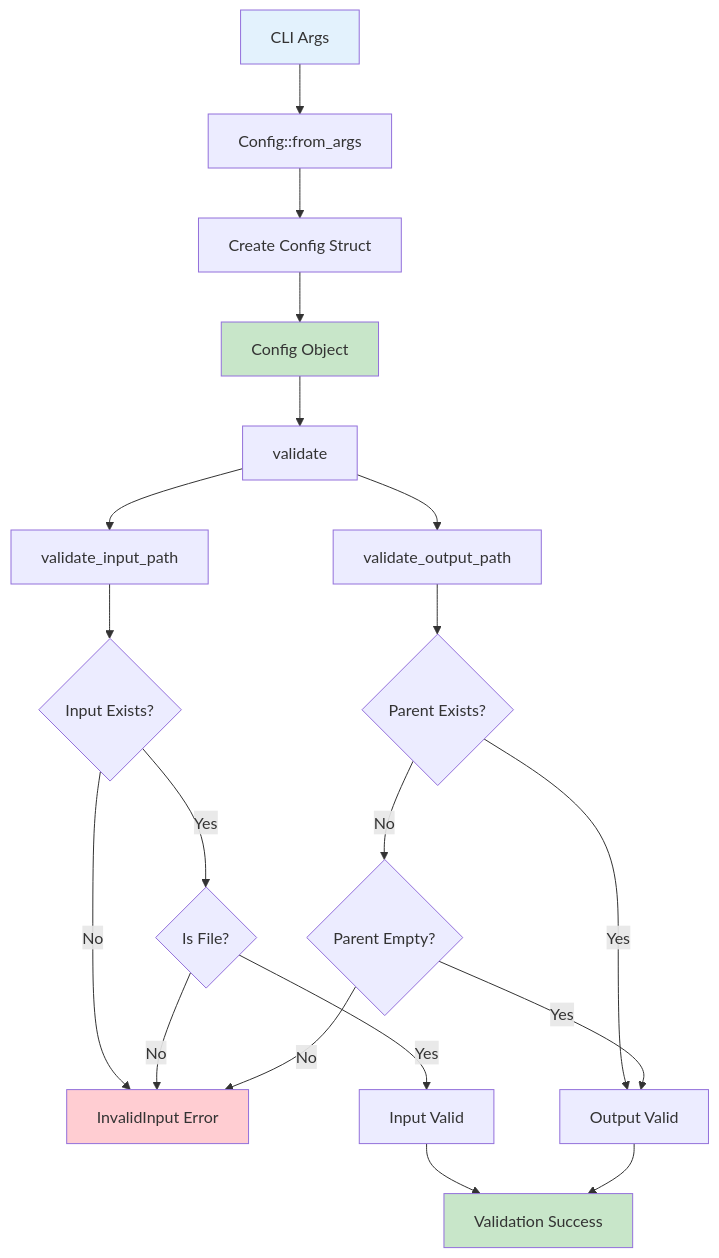
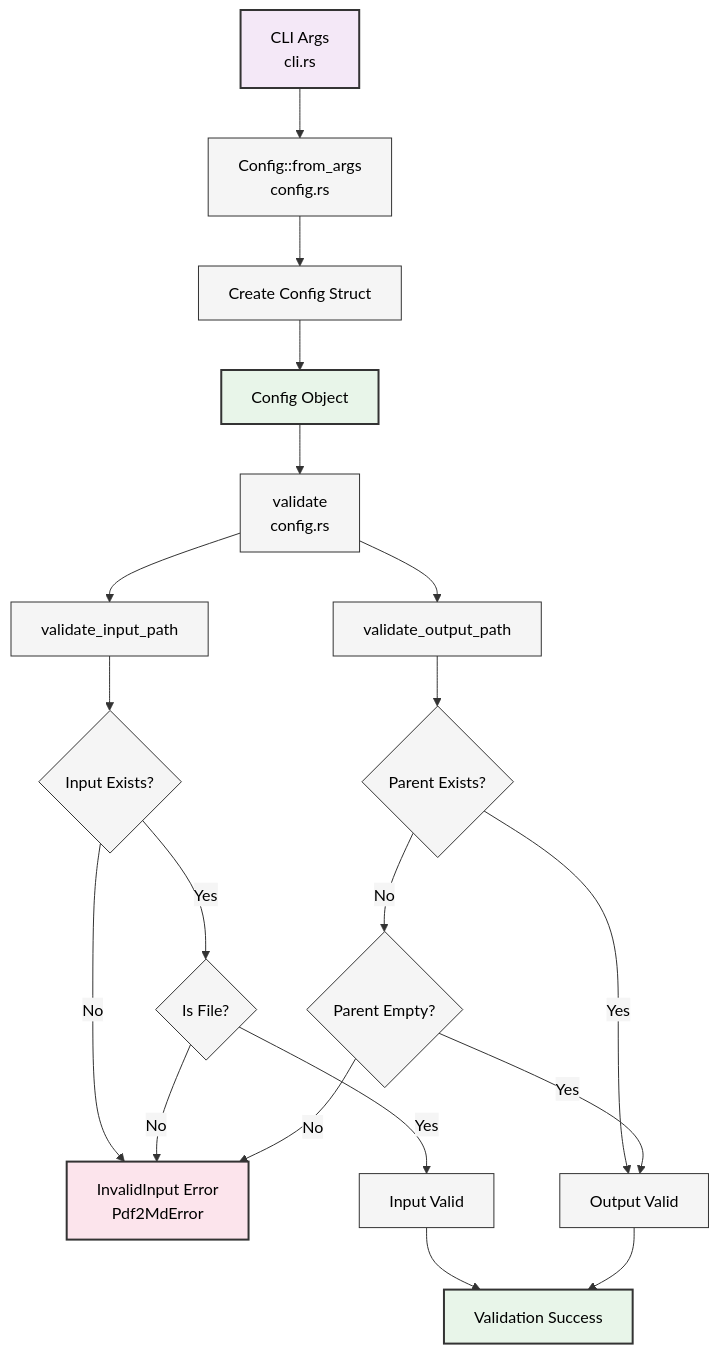
One commit to softwarewrighter/pdf2md changed the first of 2 diagrams in wiki/Configuration-Component.md. Above: the diagram before and after it, drawn with Mermaid. The commit also changed other lines of this file and 12 other files, not shown here.

First line of the commit message:
docs: update wiki and docs for workspace architecture

````diff
--- a/wiki/Configuration-Component.md
+++ b/wiki/Configuration-Component.md
@@ -18,31 +18,32 @@
 ```mermaid
+%%{init: {'theme':'base', 'themeVariables': {'primaryColor':'#f5f5f5','primaryTextColor':'#000','primaryBorderColor':'#333','lineColor':'#333','secondaryColor':'#f5f5f5','tertiaryColor':'#f5f5f5'}}}%%
 graph TB
-    A[CLI Args] --> B[Config::from_args]
+    A[CLI Args<br/>cli.rs] --> B[Config::from_args<br/>config.rs]
     B --> C[Create Config Struct]
     C --> D[Config Object]
 
-    D --> E[validate]
+    D --> E[validate<br/>config.rs]
     E --> F[validate_input_path]
     E --> G[validate_output_path]
 
     F --> H{Input Exists?}
     H -->|Yes| I{Is File?}
-    H -->|No| J[InvalidInput Error]
+    H -->|No| J[InvalidInput Error<br/>Pdf2MdError]
 
     I -->|Yes| K[Input Valid]
     I -->|No| J
 
     G --> L{Parent Exists?}
     L -->|Yes| M[Output Valid]
     L -->|No| N{Parent Empty?}
     N -->|Yes| M
     N -->|No| J
 
     K --> O[Validation Success]
     M --> O
 
-    style A fill:#e3f2fd
-    style D fill:#c8e6c9
-    style O fill:#c8e6c9
-    style J fill:#ffcdd2
+    style A fill:#f4e8f7,stroke:#333,stroke-width:2px,color:#000
+    style D fill:#e8f5e9,stroke:#333,stroke-width:2px,color:#000
+    style O fill:#e8f5e9,stroke:#333,stroke-width:2px,color:#000
+    style J fill:#fce4ec,stroke:#333,stroke-width:2px,color:#000
 ```
````
